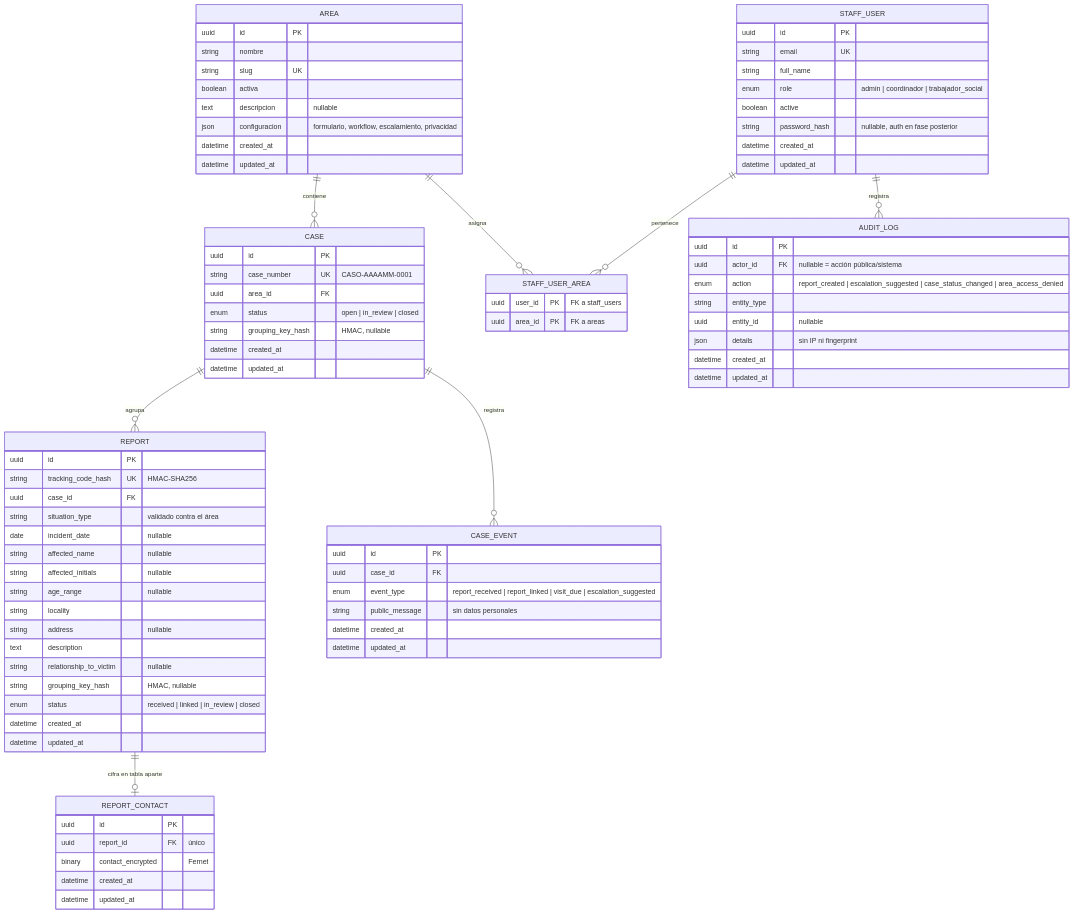
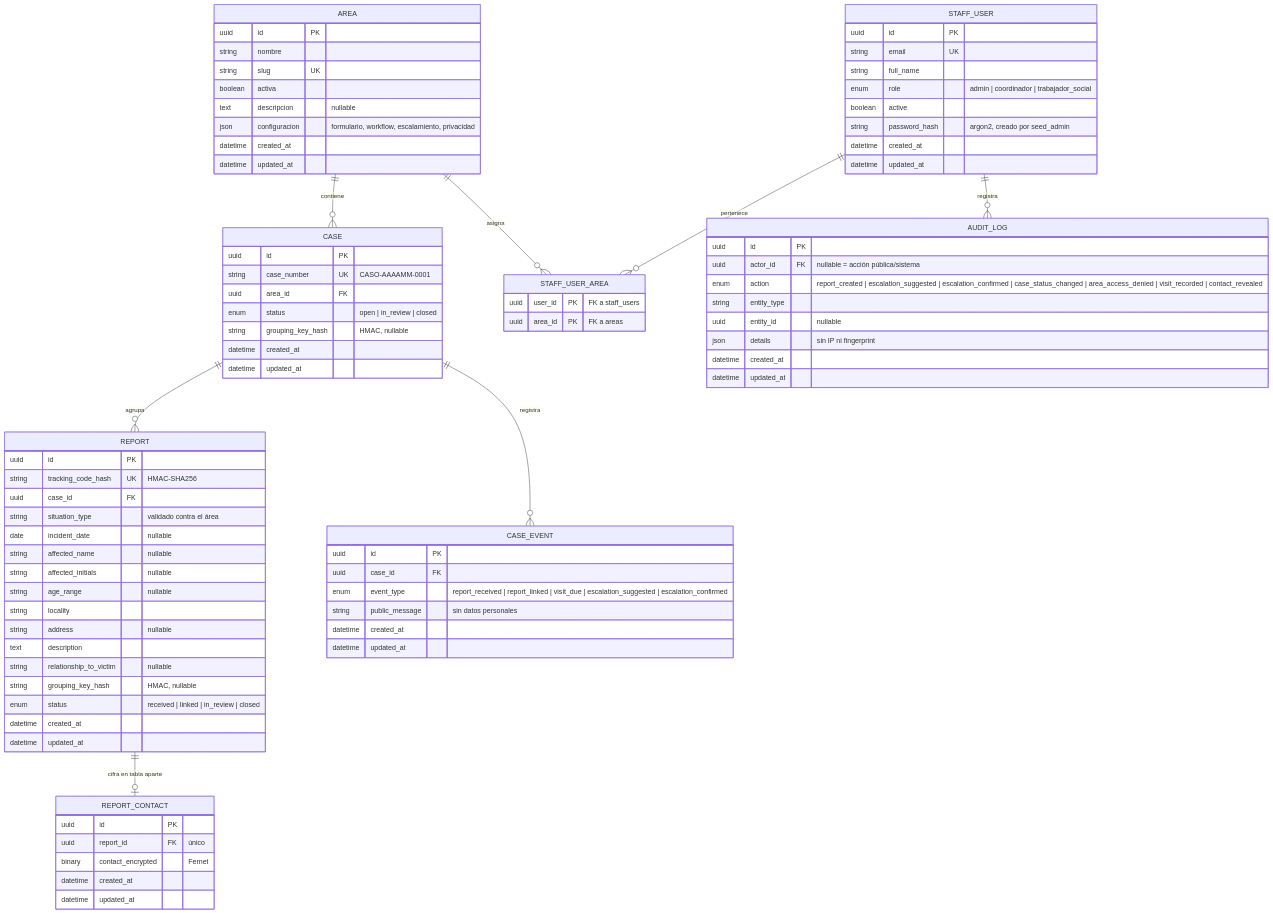
Before and after one commit to poourdes/TFI-Desarrollo-Social: the diagram in docs/modelo-datos.md, drawn with Mermaid. The commit also changed other lines of this file and 24 other files, not shown here.

Commit message:
wip: fase 2 - panel y auth (CORS pendiente)

```diff
--- a/docs/modelo-datos.md
+++ b/docs/modelo-datos.md
@@ -65,7 +65,7 @@
     CASE_EVENT {
         uuid id PK
         uuid case_id FK
-        enum event_type "report_received | report_linked | visit_due | escalation_suggested"
+        enum event_type "report_received | report_linked | visit_due | escalation_suggested | escalation_confirmed"
         string public_message "sin datos personales"
         datetime created_at
         datetime updated_at
@@ -77,7 +77,7 @@
         string full_name
         enum role "admin | coordinador | trabajador_social"
         boolean active
-        string password_hash "nullable, auth en fase posterior"
+        string password_hash "argon2, creado por seed_admin"
         datetime created_at
         datetime updated_at
     }
@@ -90,7 +90,7 @@
     AUDIT_LOG {
         uuid id PK
         uuid actor_id FK "nullable = acción pública/sistema"
-        enum action "report_created | escalation_suggested | case_status_changed | area_access_denied"
+        enum action "report_created | escalation_suggested | escalation_confirmed | case_status_changed | area_access_denied | visit_recorded | contact_revealed"
         string entity_type
         uuid entity_id "nullable"
         json details "sin IP ni fingerprint"
```
